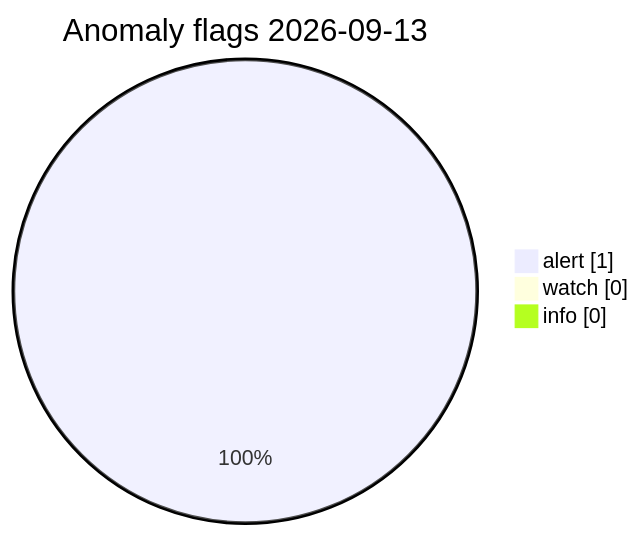
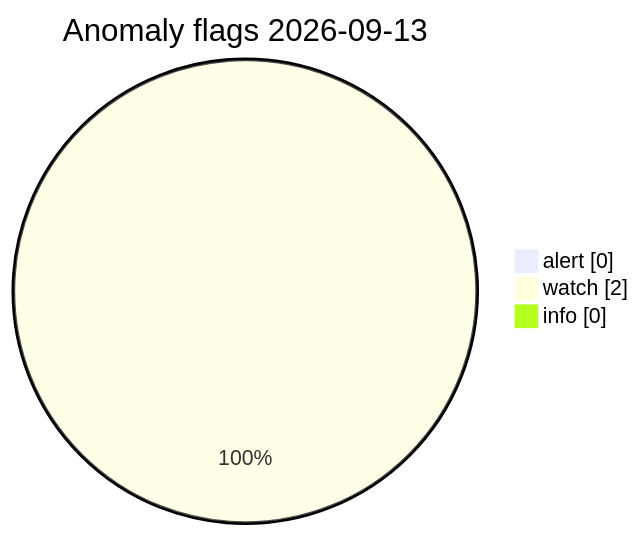
One commit to Midwest-Stratospheric/Unified-Open-Global-Weather changed the diagram in visuals/latest/CHARTS.md. Above: the diagram before and after it, drawn with Mermaid. The commit also changed other lines of this file and 13 other files, not shown here.

Commit message:
data(visuals): automated charts 2026-09-13T13:51Z

````diff
--- a/visuals/latest/CHARTS.md
+++ b/visuals/latest/CHARTS.md
@@ -73,7 +73,7 @@
 ```mermaid
 pie showData
   title Anomaly flags 2026-09-13
-  "alert" : 1
-  "watch" : 0
+  "alert" : 0
+  "watch" : 2
   "info" : 0
 ```
````
